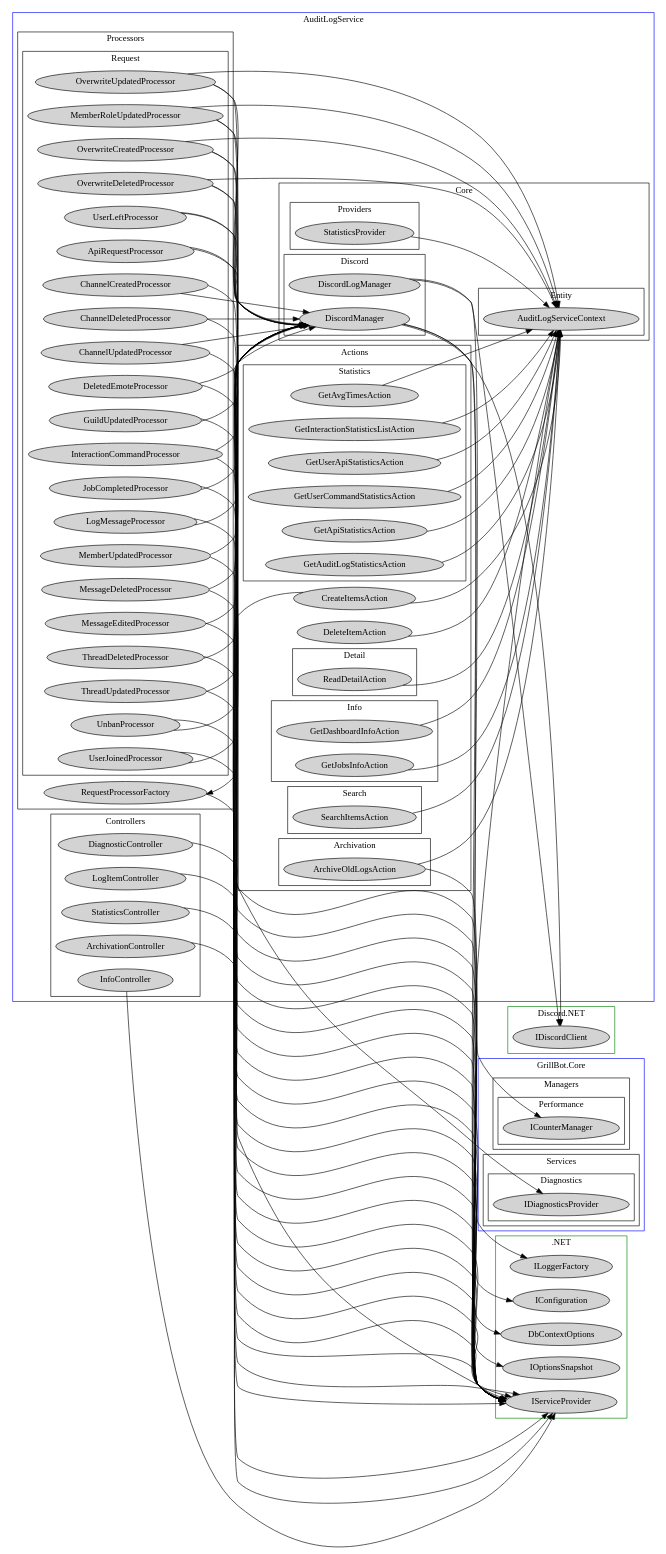
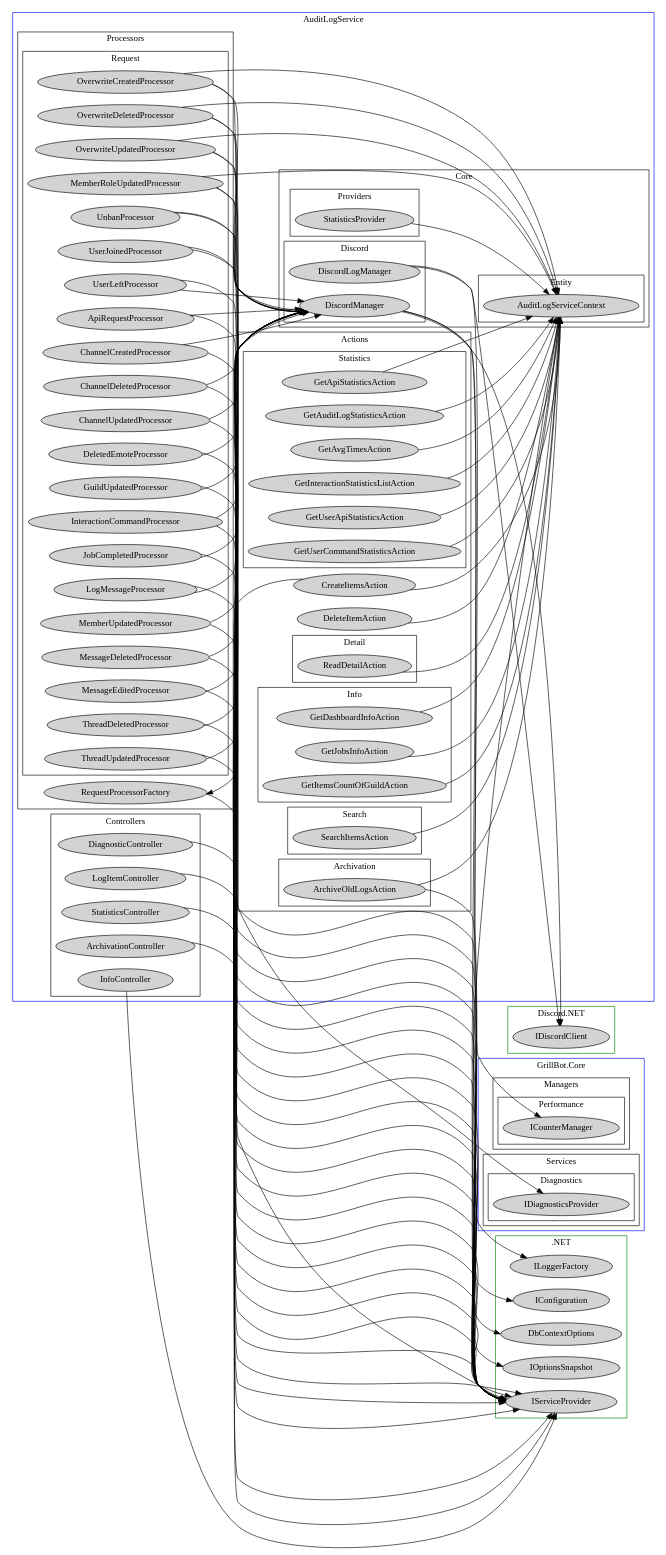
The diagram in data/di-graph-audit-log.dot (GrillBot/grillbot-docs), drawn with Graphviz before and after one commit. The commit also changed 1 other file, not shown here.

```diff
--- a/data/di-graph-audit-log.dot
+++ b/data/di-graph-audit-log.dot
@@ -34,6 +34,7 @@
                 
                 GetDashboardInfoAction
                 GetJobsInfoAction
+                GetItemsCountOfGuildAction
             }
             
             subgraph cluster_3_1_4 {
@@ -220,4 +221,5 @@
     { ApiRequestProcessor ChannelCreatedProcessor ChannelDeletedProcessor ChannelUpdatedProcessor DeletedEmoteProcessor GuildUpdatedProcessor InteractionCommandProcessor JobCompletedProcessor LogMessageProcessor MemberUpdatedProcessor MessageDeletedProcessor MessageEditedProcessor ThreadDeletedProcessor ThreadUpdatedProcessor UnbanProcessor UserJoinedProcessor UserLeftProcessor } -> { IServiceProvider DiscordManager }
     { MemberRoleUpdatedProcessor OverwriteCreatedProcessor OverwriteDeletedProcessor OverwriteUpdatedProcessor } -> { IServiceProvider AuditLogServiceContext DiscordManager }
     RequestProcessorFactory -> { IServiceProvider }
+    GetItemsCountOfGuildAction -> { AuditLogServiceContext }
 }
```
